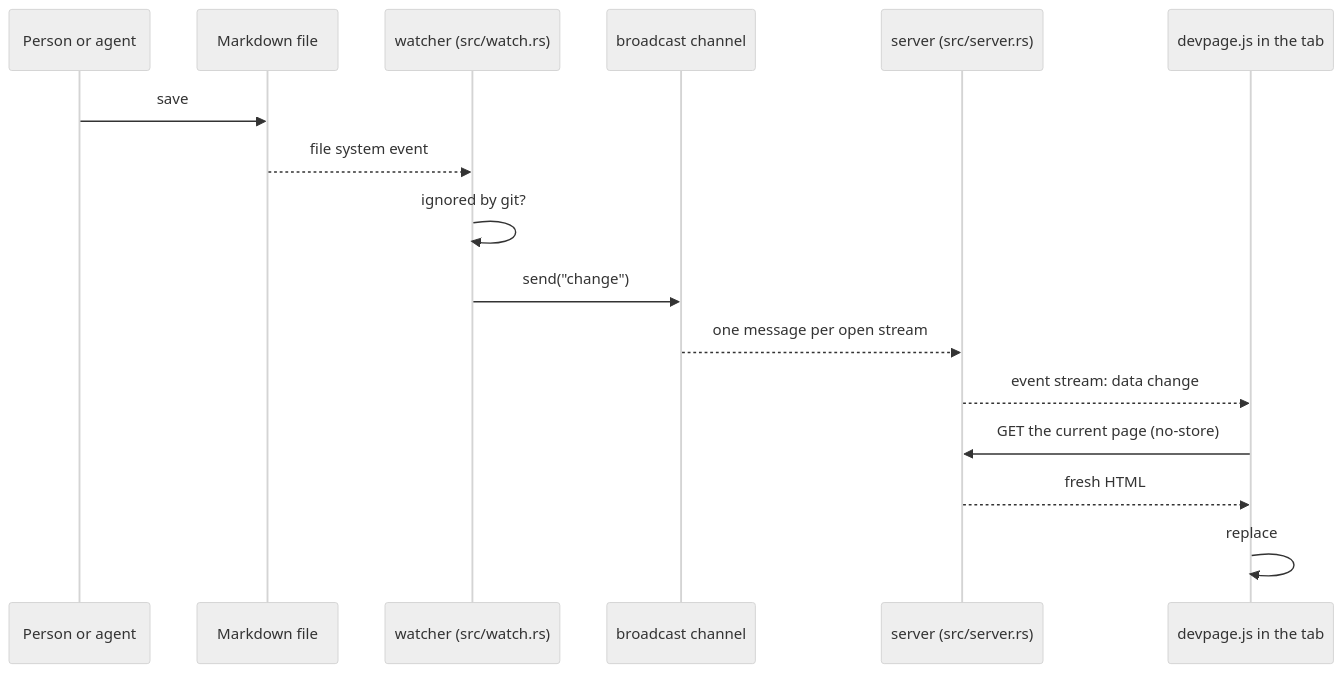
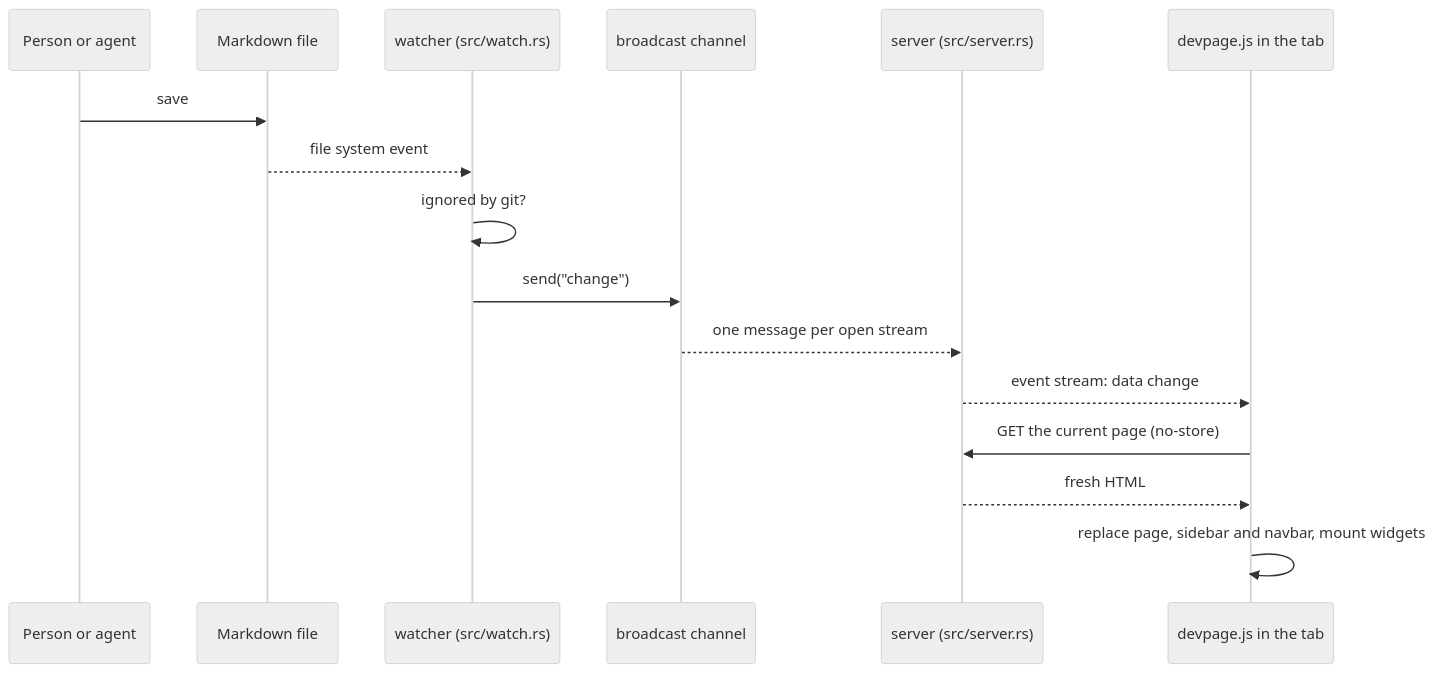
Before and after one commit to andrei512/devpage: the diagram in docs/boxes/viewer/live-updates/README.md, drawn with Mermaid (neutral theme). The commit also changed other lines of this file and 18 other files, not shown here.

````diff
--- a/docs/boxes/viewer/live-updates/README.md
+++ b/docs/boxes/viewer/live-updates/README.md
@@ -12,18 +12,18 @@
 ```mermaid
 sequenceDiagram
   participant Editor as Person or agent
   participant Disk as Markdown file
   participant Watcher as watcher (src/watch.rs)
   participant Channel as broadcast channel
   participant Server as server (src/server.rs)
   participant Page as devpage.js in the tab
   Editor->>Disk: save
   Disk-->>Watcher: file system event
   Watcher->>Watcher: ignored by git?
   Watcher->>Channel: send("change")
   Channel-->>Server: one message per open stream
   Server-->>Page: event stream: data change
   Page->>Server: GET the current page (no-store)
   Server-->>Page: fresh HTML
-  Page->>Page: replace #page and #nav, mount widgets
+  Page->>Page: replace page, sidebar and navbar, mount widgets
 ```
````
